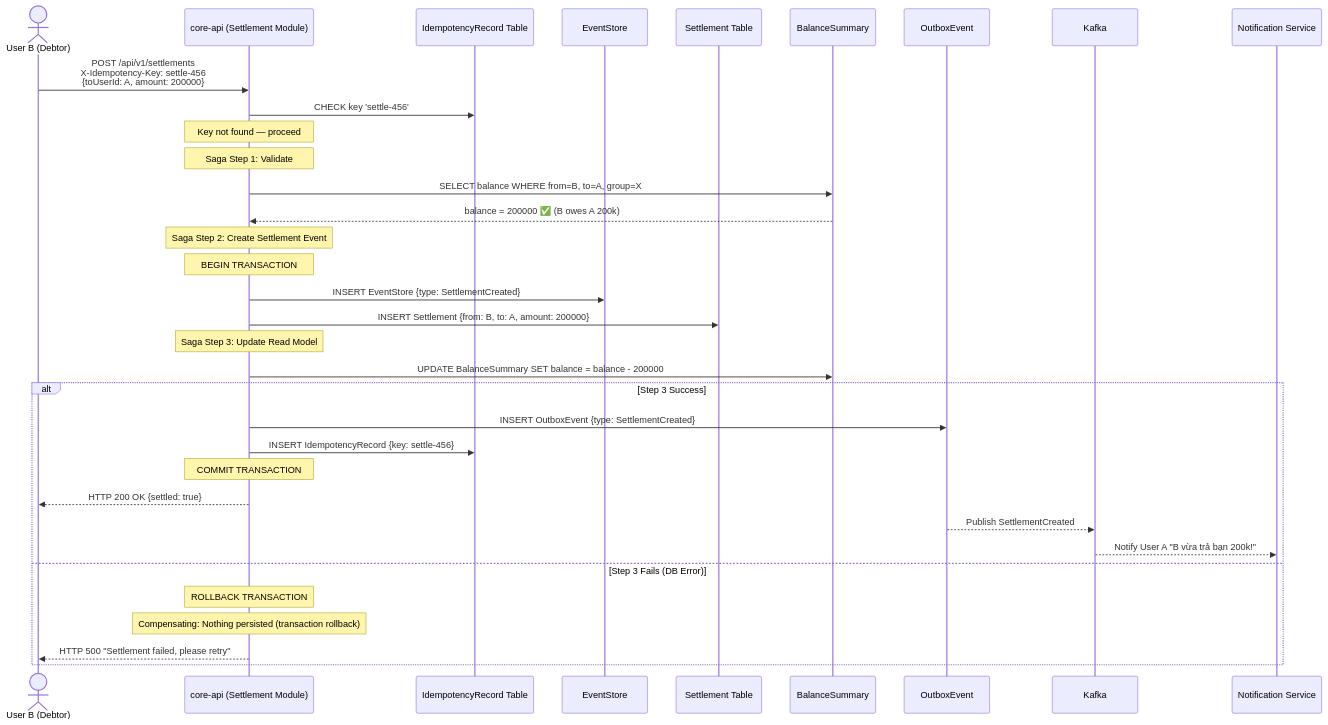
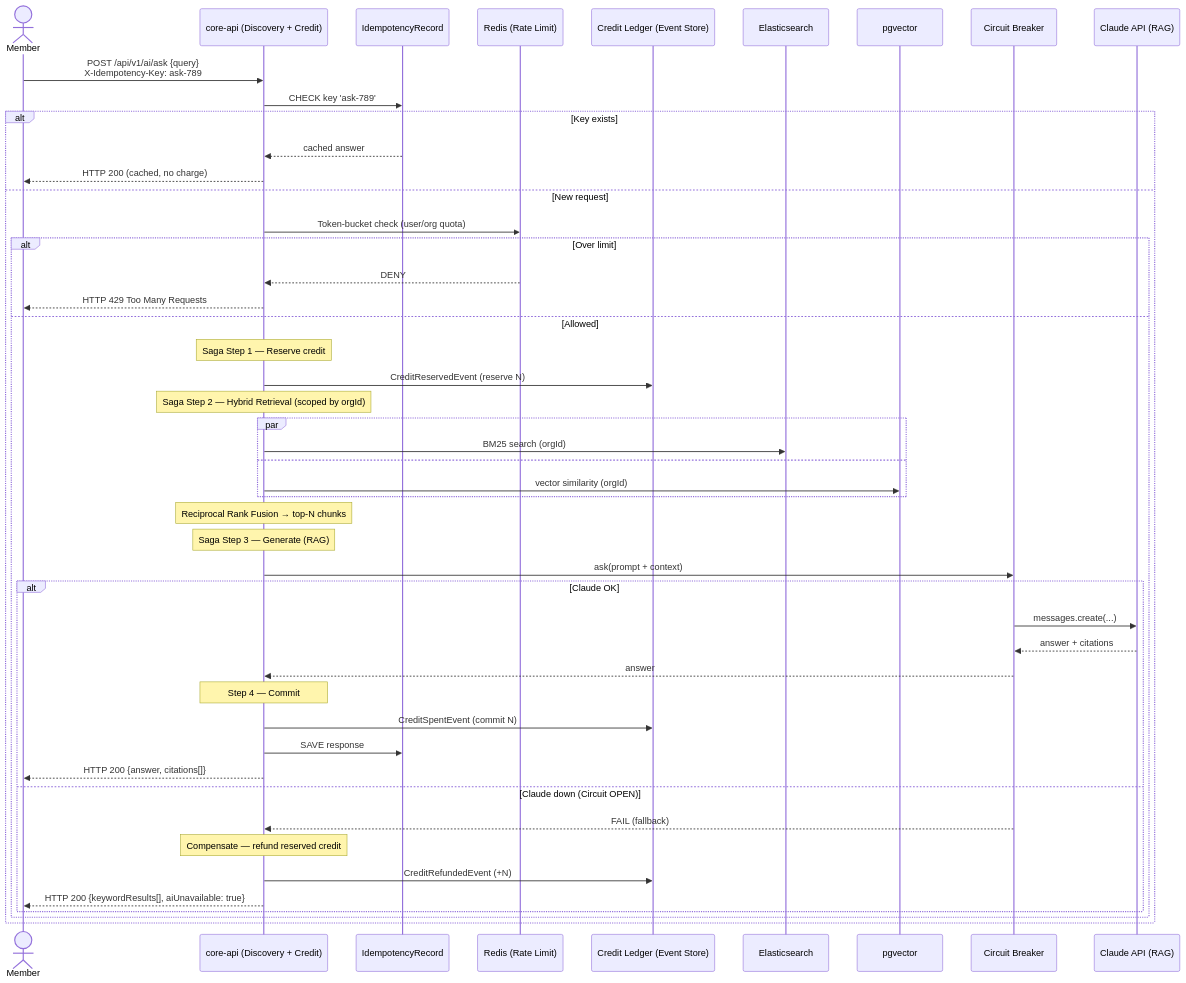
One commit to minhle106cse/distributed-social-platform changed the third of 7 diagrams in docs/03_system_architecture_diagrams.md. Above: the diagram before and after it, drawn with Mermaid. The commit also changed other lines of this file and 49 other files, not shown here.

````diff
--- a/docs/03_system_architecture_diagrams.md
+++ b/docs/03_system_architecture_diagrams.md
@@ -203,43 +188,54 @@
 ```mermaid
 sequenceDiagram
-    actor UserB as User B (Debtor)
-    participant API as core-api (Settlement Module)
-    participant Idem as IdempotencyRecord Table
-    participant ES as EventStore
-    participant DB as Settlement Table
-    participant RM as BalanceSummary
-    participant Outbox as OutboxEvent
-    participant Kafka as Kafka
-    participant Notif as Notification Service
+    actor User as Member
+    participant API as core-api (Discovery + Credit)
+    participant Idem as IdempotencyRecord
+    participant RL as Redis (Rate Limit)
+    participant Credit as Credit Ledger (Event Store)
+    participant ES as Elasticsearch
+    participant PG as pgvector
+    participant CB as Circuit Breaker
+    participant Claude as Claude API (RAG)
 
-    UserB->>API: POST /api/v1/settlements<br/>X-Idempotency-Key: settle-456<br/>{toUserId: A, amount: 200000}
+    User->>API: POST /api/v1/ai/ask {query}<br/>X-Idempotency-Key: ask-789
 
-    API->>Idem: CHECK key 'settle-456'
-    Note over API: Key not found — proceed
+    API->>Idem: CHECK key 'ask-789'
+    alt Key exists
+        Idem-->>API: cached answer
+        API-->>User: HTTP 200 (cached, no charge)
+    else New request
+        API->>RL: Token-bucket check (user/org quota)
+        alt Over limit
+            RL-->>API: DENY
+            API-->>User: HTTP 429 Too Many Requests
+        else Allowed
+            Note over API: Saga Step 1 — Reserve credit
+            API->>Credit: CreditReservedEvent (reserve N)
 
-    Note over API: Saga Step 1: Validate
-    API->>RM: SELECT balance WHERE from=B, to=A, group=X
-    RM-->>API: balance = 200000 ✅ (B owes A 200k)
+            Note over API: Saga Step 2 — Hybrid Retrieval (scoped by orgId)
+            par
+                API->>ES: BM25 search (orgId)
+            and
+                API->>PG: vector similarity (orgId)
+            end
+            Note over API: Reciprocal Rank Fusion → top-N chunks
 
-    Note over API: Saga Step 2: Create Settlement Event
-    Note over API: BEGIN TRANSACTION
-    API->>ES: INSERT EventStore {type: SettlementCreated}
-    API->>DB: INSERT Settlement {from: B, to: A, amount: 200000}
-
-    Note over API: Saga Step 3: Update Read Model
-    API->>RM: UPDATE BalanceSummary SET balance = balance - 200000
-
-    alt Step 3 Success
-        API->>Outbox: INSERT OutboxEvent {type: SettlementCreated}
-        API->>Idem: INSERT IdempotencyRecord {key: settle-456}
-        Note over API: COMMIT TRANSACTION
-        API-->>UserB: HTTP 200 OK {settled: true}
-
-        Outbox-->>Kafka: Publish SettlementCreated
-        Kafka-->>Notif: Notify User A "B vừa trả bạn 200k!"
-    else Step 3 Fails (DB Error)
-        Note over API: ROLLBACK TRANSACTION
-        Note over API: Compensating: Nothing persisted (transaction rollback)
-        API-->>UserB: HTTP 500 "Settlement failed, please retry"
+            Note over API: Saga Step 3 — Generate (RAG)
+            API->>CB: ask(prompt + context)
+            alt Claude OK
+                CB->>Claude: messages.create(...)
+                Claude-->>CB: answer + citations
+                CB-->>API: answer
+                Note over API: Step 4 — Commit
+                API->>Credit: CreditSpentEvent (commit N)
+                API->>Idem: SAVE response
+                API-->>User: HTTP 200 {answer, citations[]}
+            else Claude down (Circuit OPEN)
+                CB-->>API: FAIL (fallback)
+                Note over API: Compensate — refund reserved credit
+                API->>Credit: CreditRefundedEvent (+N)
+                API-->>User: HTTP 200 {keywordResults[], aiUnavailable: true}
+            end
+        end
     end
 ```
````
